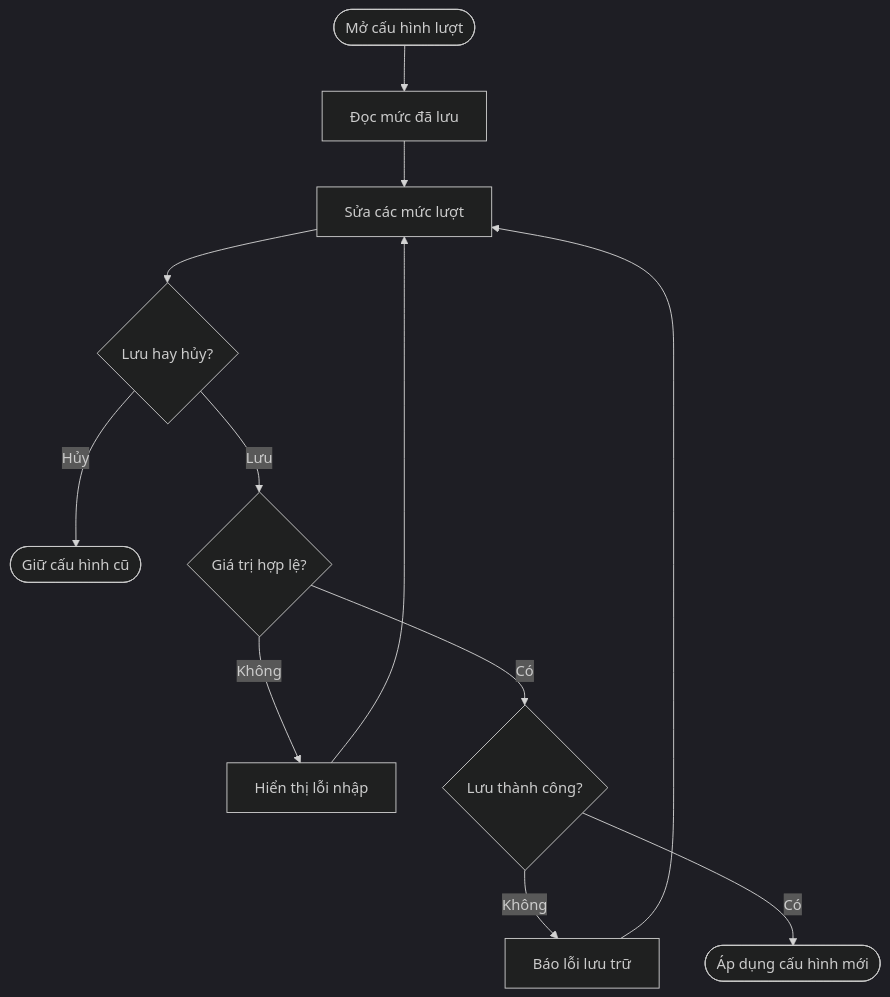
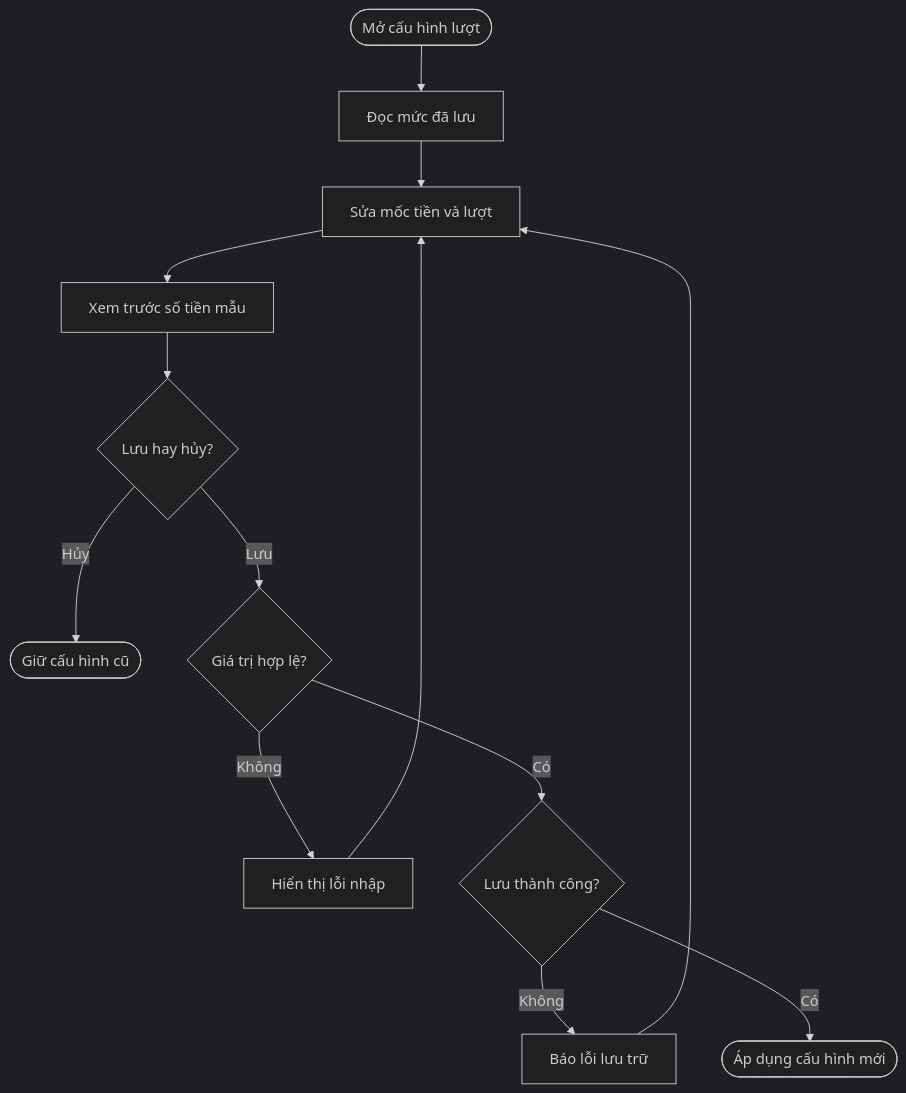
Before and after one commit to maivtn/taxiq: the first of 4 diagrams in docs/business/weighted-turn-settings.md, drawn with Mermaid (dark theme). The commit also changed other lines of this file and 10 other files, not shown here.

````diff
--- a/docs/business/weighted-turn-settings.md
+++ b/docs/business/weighted-turn-settings.md
@@ -82,14 +87,15 @@
 ```mermaid
 flowchart TD
     A([Mở cấu hình lượt]) --> B[Đọc mức đã lưu]
-    B --> C[Sửa các mức lượt]
-    C --> D{Lưu hay hủy?}
+    B --> C[Sửa mốc tiền và lượt]
+    C --> K[Xem trước số tiền mẫu]
+    K --> D{Lưu hay hủy?}
     D -- Hủy --> E([Giữ cấu hình cũ])
     D -- Lưu --> F{Giá trị hợp lệ?}
     F -- Không --> G[Hiển thị lỗi nhập]
     G --> C
     F -- Có --> H{Lưu thành công?}
     H -- Không --> I[Báo lỗi lưu trữ]
     I --> C
     H -- Có --> J([Áp dụng cấu hình mới])
 ```
````
